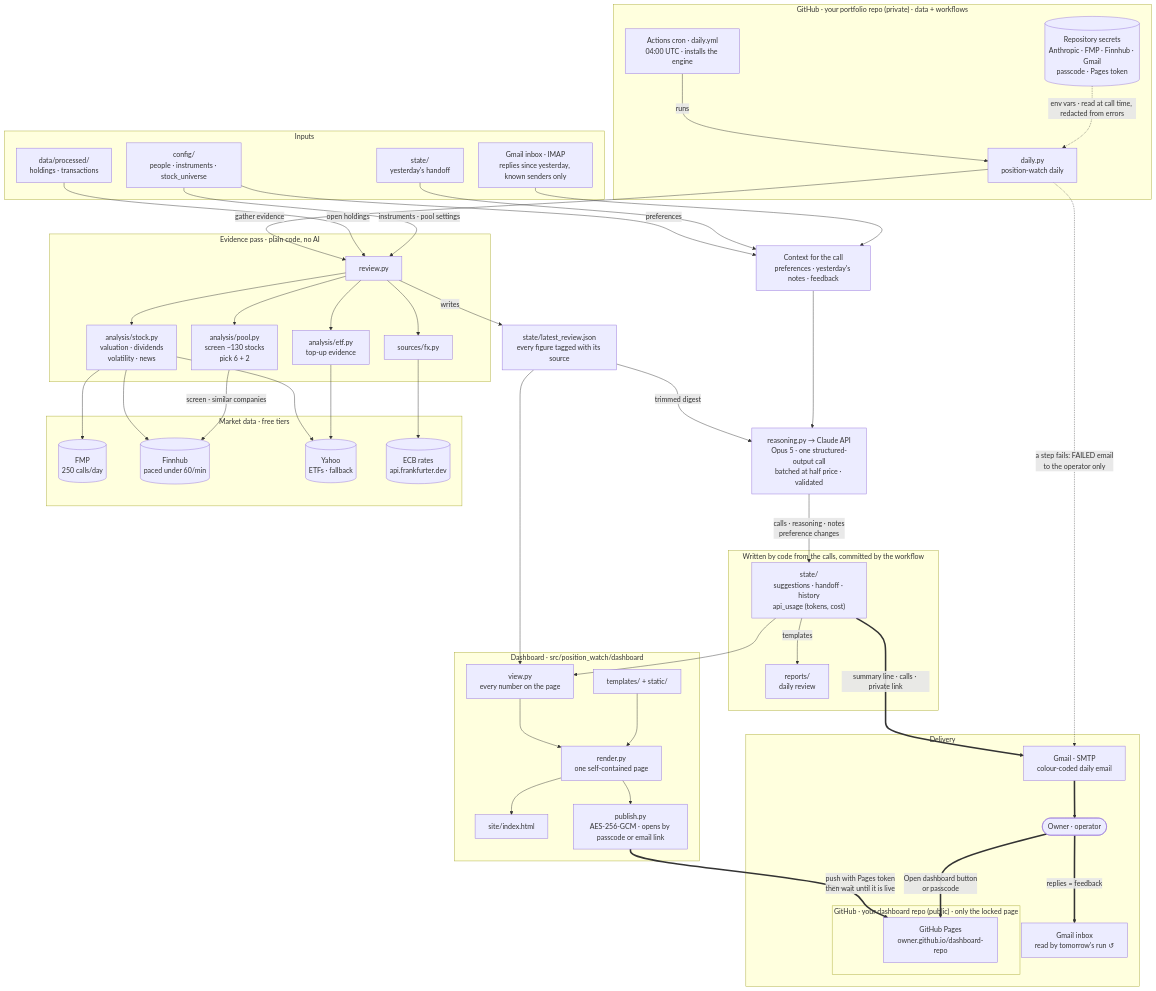
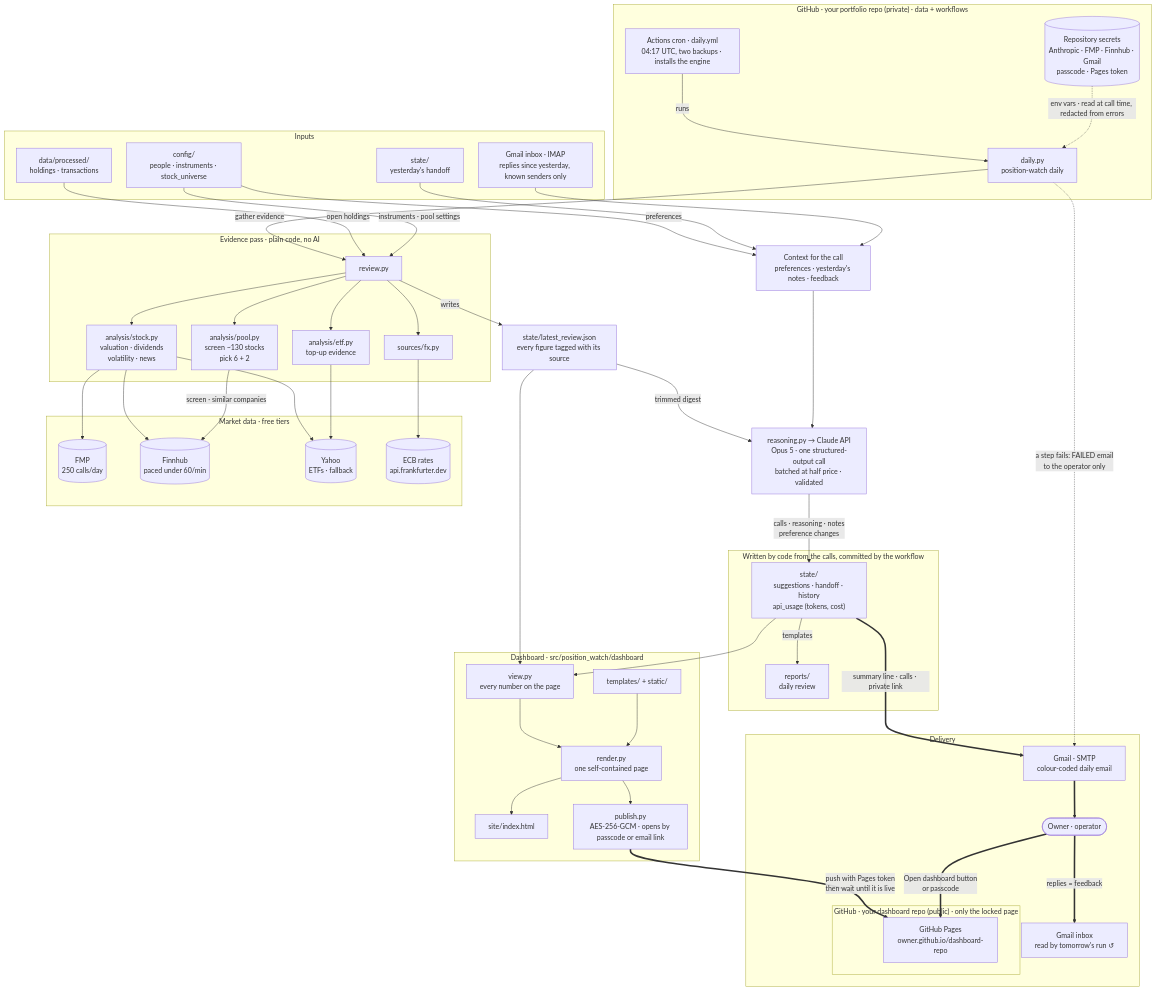
Before and after one commit to alexdiehl0/position-watch-engine: the second of 3 diagrams in docs/architecture.md, drawn with Mermaid. The commit also changed other lines of this file and 3 other files, not shown here.

First line of the commit message:
Scheduled runs off the hour, with two backup slots

```diff
--- a/docs/architecture.md
+++ b/docs/architecture.md
@@ -58,7 +58,7 @@
 %%{init: {"flowchart": {"useMaxWidth": false, "nodeSpacing": 34, "rankSpacing": 54}}}%%
 flowchart TB
   subgraph PRIV["GitHub · your portfolio repo (private) · data + workflows"]
-    CRON["Actions cron · daily.yml<br/>04:00 UTC · installs the engine"] -->|"runs"| DAILY["daily.py<br/>position-watch daily"]
+    CRON["Actions cron · daily.yml<br/>04:17 UTC, two backups · installs the engine"] -->|"runs"| DAILY["daily.py<br/>position-watch daily"]
     SEC[("Repository secrets<br/>Anthropic · FMP · Finnhub · Gmail<br/>passcode · Pages token")]
   end
 
```
